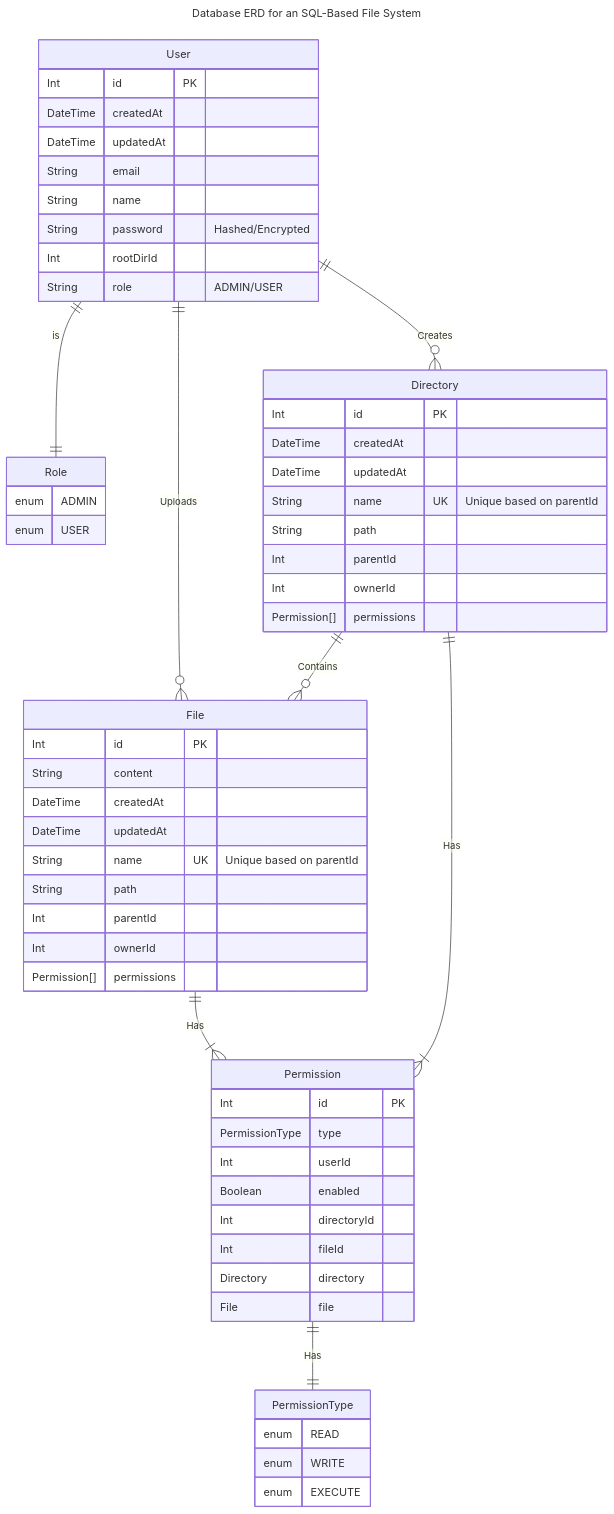
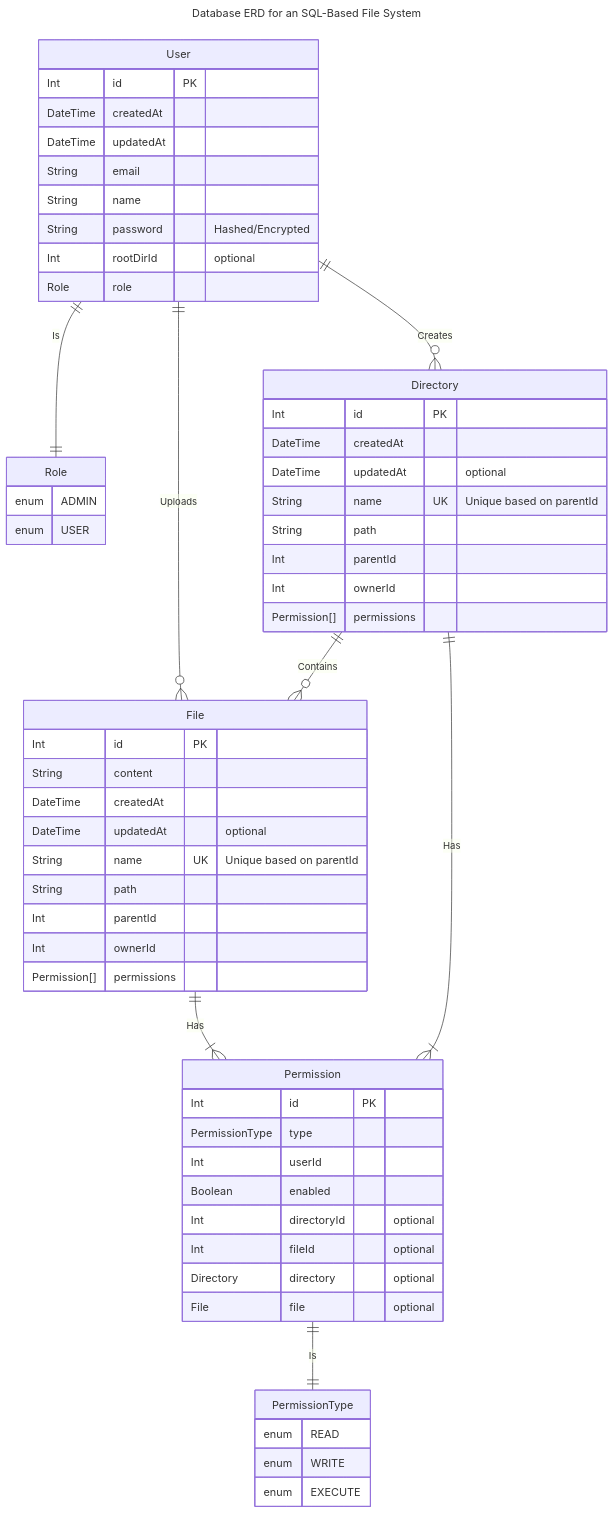
One commit to amdy87/MySQL-Filesystem changed the second of 5 diagrams in README.md. Above: the diagram before and after it, drawn with Mermaid.

Commit message:
Update file README.md

````diff
--- a/README.md
+++ b/README.md
@@ -264,73 +264,73 @@
 ```mermaid
 ---
 title: Database ERD for an SQL-Based File System
 ---
 
 erDiagram
-    User ||--|| Role : "is"
+    User ||--|| Role : "Is"
     User ||--o{ File : "Uploads"
     User ||--o{ Directory: "Creates"
-    Permission ||--|| PermissionType : "Has"
+    Permission ||--|| PermissionType : "Is"
     Directory ||--o{ File : "Contains"
     Directory ||--|{ Permission : "Has"
     File ||--|{ Permission: "Has"
 
     User {
         Int id PK
         DateTime createdAt
         DateTime updatedAt 
         String email
         String name
         String password "Hashed/Encrypted"
-        Int rootDirId
-        String role "ADMIN/USER"
+        Int rootDirId "optional"
+        Role role
     }
 
     Role {
         enum ADMIN
         enum USER
     }
 
     Permission {
         Int id PK
         PermissionType type
         Int userId
         Boolean enabled
-        Int directoryId
-        Int fileId
-        Directory directory
-        File file
+        Int directoryId "optional"
+        Int fileId "optional"
+        Directory directory "optional"
+        File file "optional"
     }
 
     PermissionType {
         enum READ
         enum WRITE
         enum EXECUTE
     }
 
     File {
         Int id PK
         String content
         DateTime createdAt
-        DateTime updatedAt
+        DateTime updatedAt "optional"
         String name UK "Unique based on parentId"
         String path
         Int parentId
         Int ownerId
         Permission[] permissions
     }
 
     Directory {
         Int id PK
         DateTime createdAt
-        DateTime updatedAt
+        DateTime updatedAt "optional"
         String name UK "Unique based on parentId"
         String path
         Int parentId
         Int ownerId
         Permission[] permissions
     }
 
 
 
 ```
````
